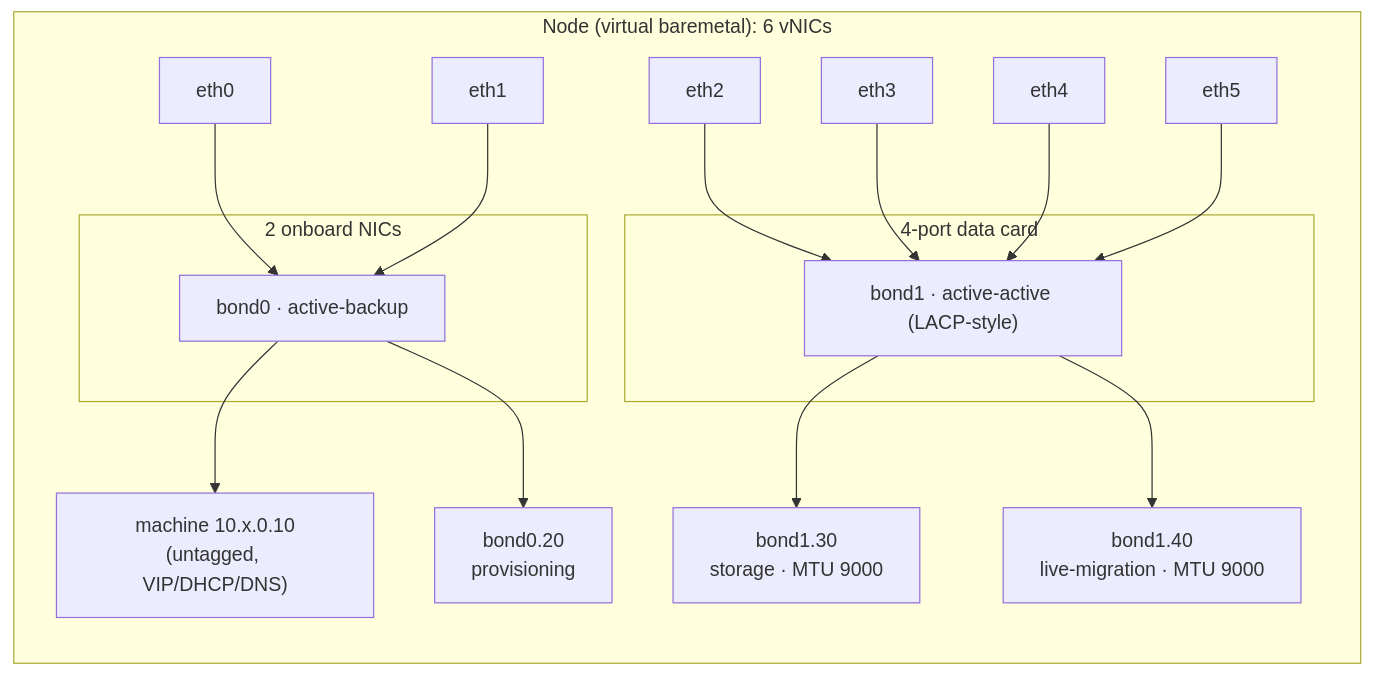
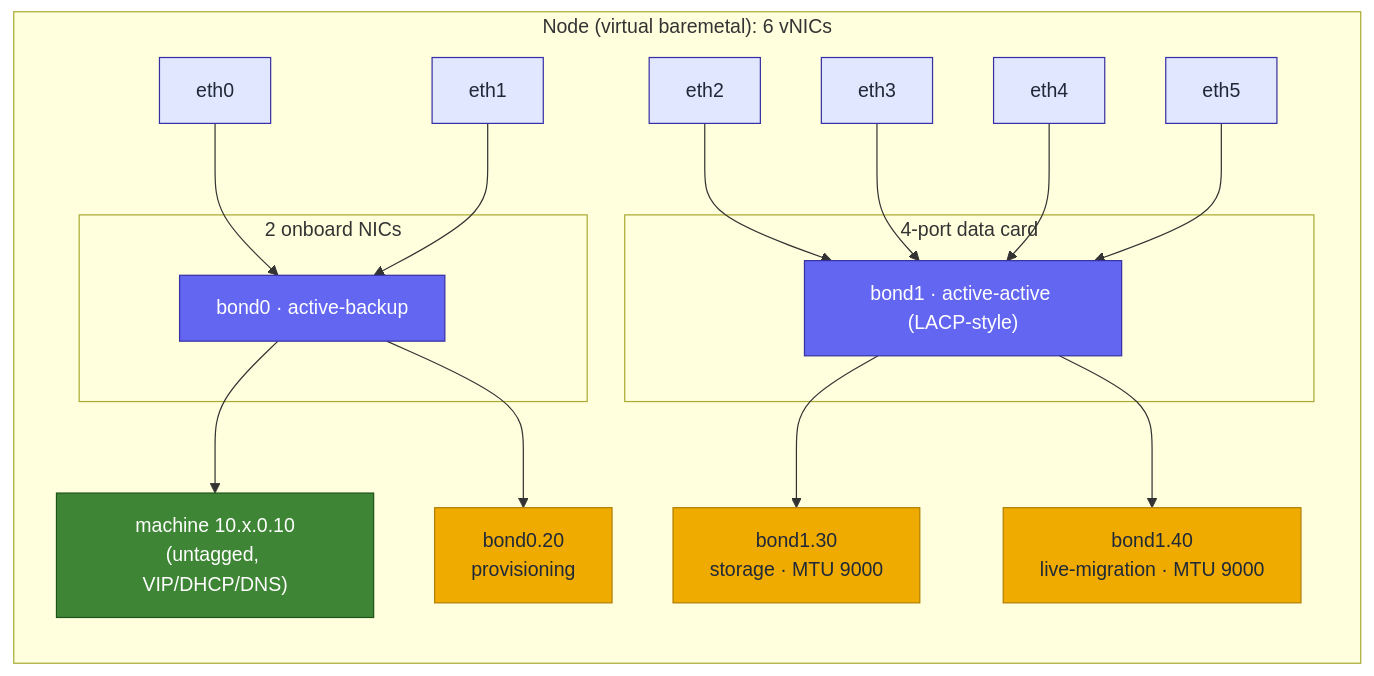
The first of 10 diagrams in docs/architecture.md (maci0/vmetal-openshift), drawn with Mermaid before and after one commit. The commit also changed other lines of this file and 14 other files, not shown here.

First line of the commit message:
docs: colour the diagrams (Red Hat refarch palette), drop beautiful-mermaid pipeline

````diff
--- a/docs/architecture.md
+++ b/docs/architecture.md
@@ -35,25 +35,29 @@
 ```mermaid
 flowchart LR
   subgraph node["Node (virtual baremetal): 6 vNICs"]
     direction TB
     e0["eth0"]; e1["eth1"]
     e2["eth2"]; e3["eth3"]; e4["eth4"]; e5["eth5"]
     subgraph onboard["2 onboard NICs"]
       b0["bond0 · active-backup"]
     end
     subgraph card["4-port data card"]
       b1["bond1 · active-active (LACP-style)"]
     end
     m["machine 10.x.0.10<br/>(untagged, VIP/DHCP/DNS)"]
     p["bond0.20<br/>provisioning"]
     s["bond1.30<br/>storage · MTU 9000"]
     mig["bond1.40<br/>live-migration · MTU 9000"]
   end
   e0 --> b0; e1 --> b0
   e2 --> b1; e3 --> b1; e4 --> b1; e5 --> b1
   b0 --> m
   b0 --> p
   b1 --> s
   b1 --> mig
-
+  classDef nic fill:#e0e7ff,stroke:#3730a3,color:#1f2937;
+  classDef bond fill:#6366f1,stroke:#3730a3,color:#fff;
+  classDef untag fill:#3e8635,stroke:#1f5419,color:#fff;
+  classDef vlan fill:#f0ab00,stroke:#b07e00,color:#1f2937;
+  class e0,e1,e2,e3,e4,e5 nic; class b0,b1 bond; class m untag; class p,s,mig vlan;
 ```
````
